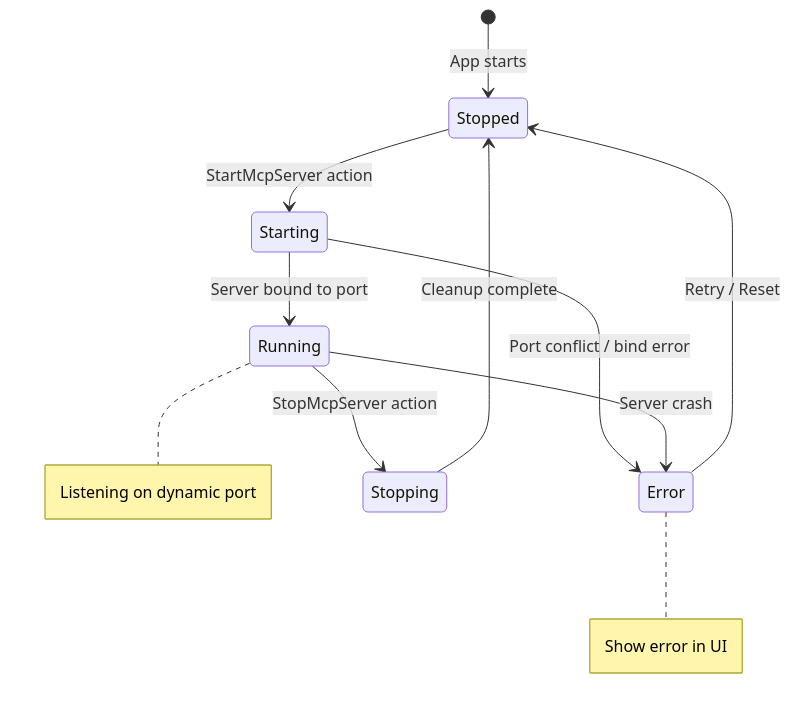
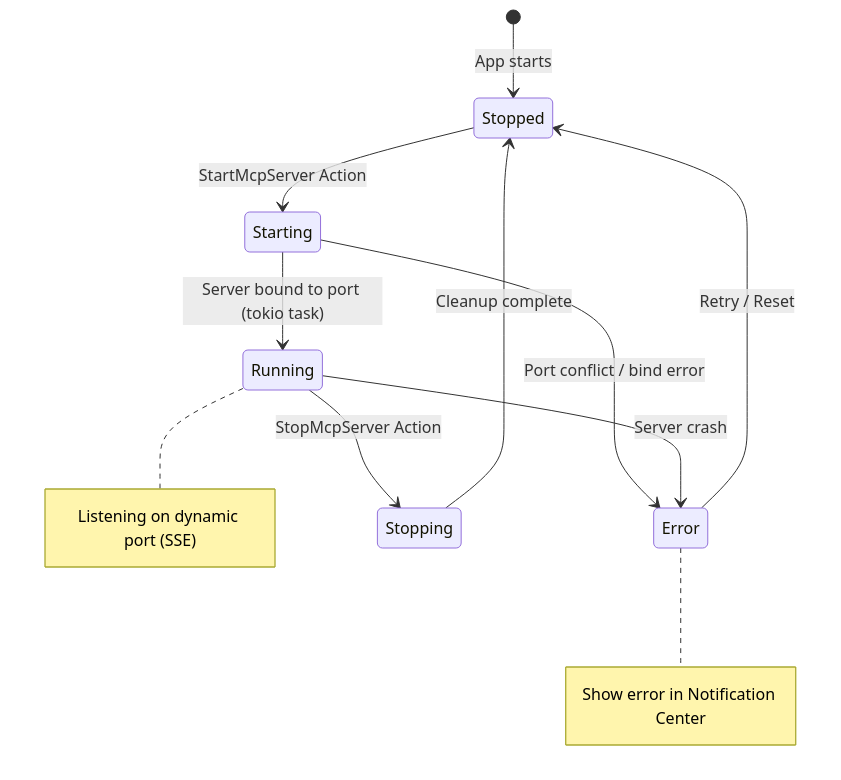
One commit to chrischeng-c4/rustation changed the second of 2 diagrams in kb/architecture/11-mcp-server.md. Above: the diagram before and after it, drawn with Mermaid. The commit also changed other lines of this file and 45 other files, not shown here.

````diff
--- a/kb/architecture/11-mcp-server.md
+++ b/kb/architecture/11-mcp-server.md
@@ -94,17 +94,17 @@
 ```mermaid
 stateDiagram-v2
     [*] --> Stopped: App starts
 
-    Stopped --> Starting: StartMcpServer action
-    Starting --> Running: Server bound to port
+    Stopped --> Starting: StartMcpServer Action
+    Starting --> Running: Server bound to port (tokio task)
     Starting --> Error: Port conflict / bind error
 
-    Running --> Stopping: StopMcpServer action
+    Running --> Stopping: StopMcpServer Action
     Running --> Error: Server crash
 
     Stopping --> Stopped: Cleanup complete
     Error --> Stopped: Retry / Reset
 
-    note right of Running: Listening on dynamic port
-    note right of Error: Show error in UI
+    note right of Running: Listening on dynamic port (SSE)
+    note right of Error: Show error in Notification Center
 ```
````
